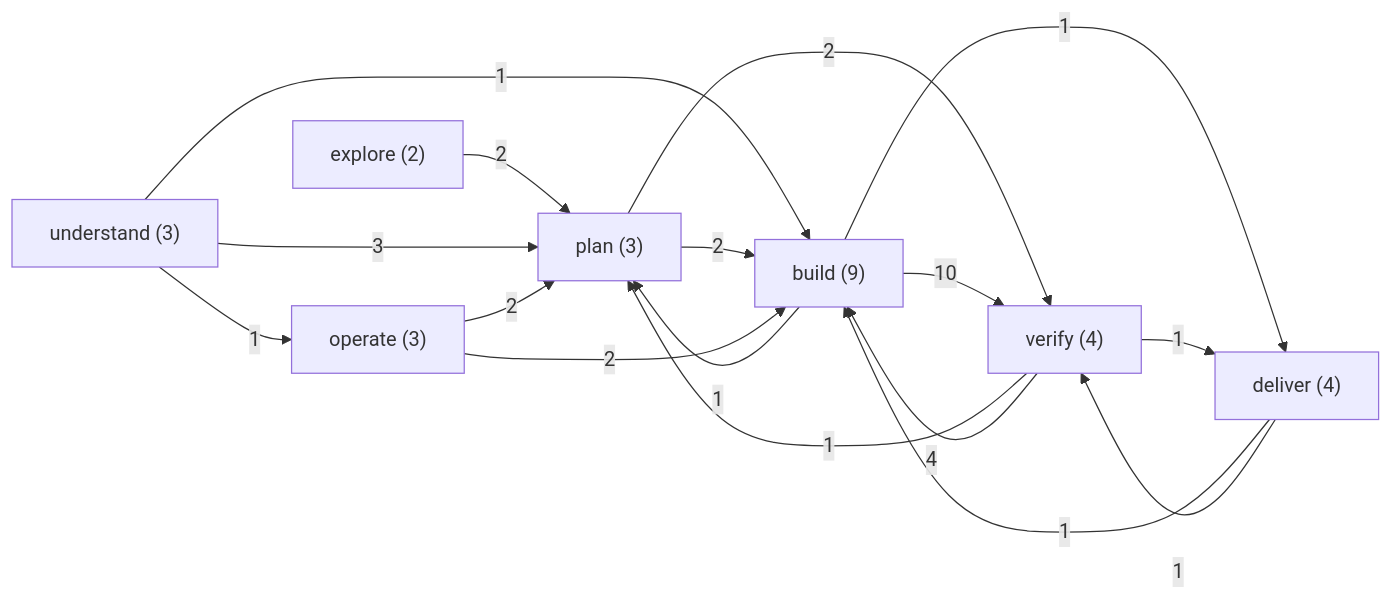
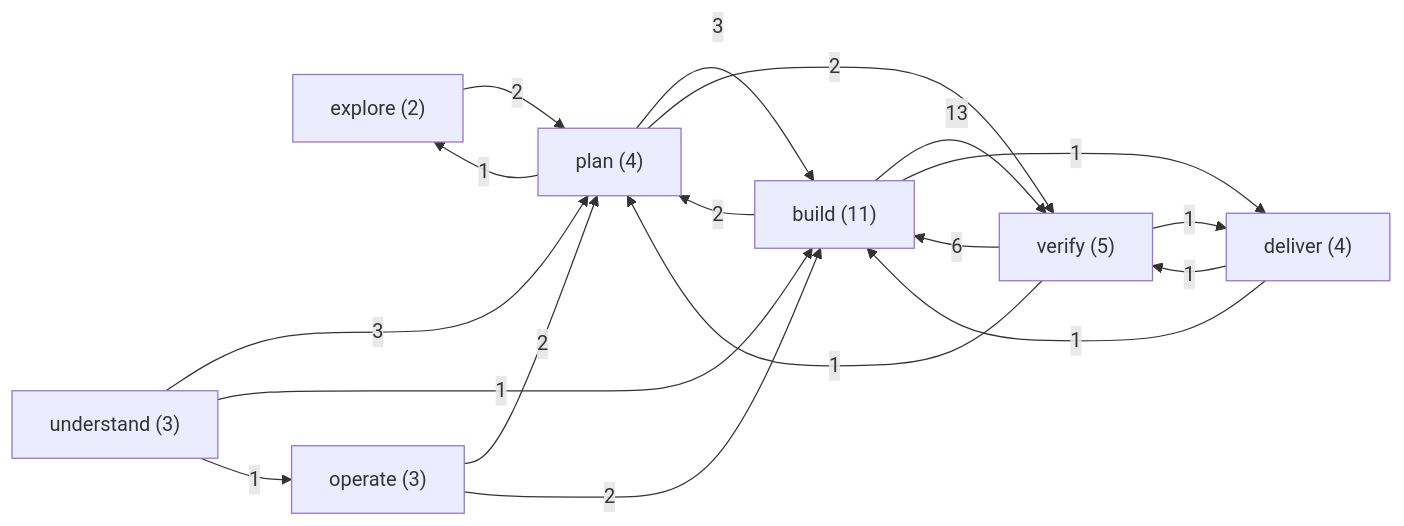
One commit to emiliodominguez/flow-skills changed the first of 2 diagrams in docs/SKILL-MAP.md. Above: the diagram before and after it, drawn with Mermaid. The commit also changed other lines of this file and 46 other files, not shown here.

First line of the commit message:
feat(skills): add flow-design, flow-ui, flow-redesign and flow-a11y

````diff
--- a/docs/SKILL-MAP.md
+++ b/docs/SKILL-MAP.md
@@ -14,26 +14,27 @@
 ```mermaid
 flowchart LR
   stage_explore["explore (2)"]
   stage_understand["understand (3)"]
-  stage_plan["plan (3)"]
-  stage_build["build (9)"]
-  stage_verify["verify (4)"]
+  stage_plan["plan (4)"]
+  stage_build["build (11)"]
+  stage_verify["verify (5)"]
   stage_deliver["deliver (4)"]
   stage_operate["operate (3)"]
   stage_explore -->|2| stage_plan
   stage_understand -->|3| stage_plan
   stage_understand -->|1| stage_build
   stage_understand -->|1| stage_operate
-  stage_plan -->|2| stage_build
+  stage_plan -->|1| stage_explore
+  stage_plan -->|3| stage_build
   stage_plan -->|2| stage_verify
-  stage_build -->|1| stage_plan
-  stage_build -->|10| stage_verify
+  stage_build -->|2| stage_plan
+  stage_build -->|13| stage_verify
   stage_build -->|1| stage_deliver
   stage_verify -->|1| stage_plan
-  stage_verify -->|4| stage_build
+  stage_verify -->|6| stage_build
   stage_verify -->|1| stage_deliver
   stage_deliver -->|1| stage_build
   stage_deliver -->|1| stage_verify
   stage_operate -->|2| stage_plan
   stage_operate -->|2| stage_build
 ```
````
